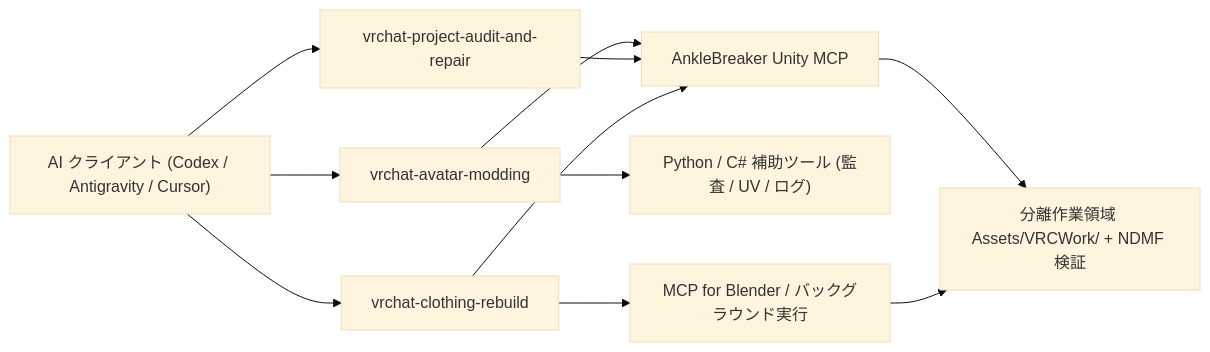
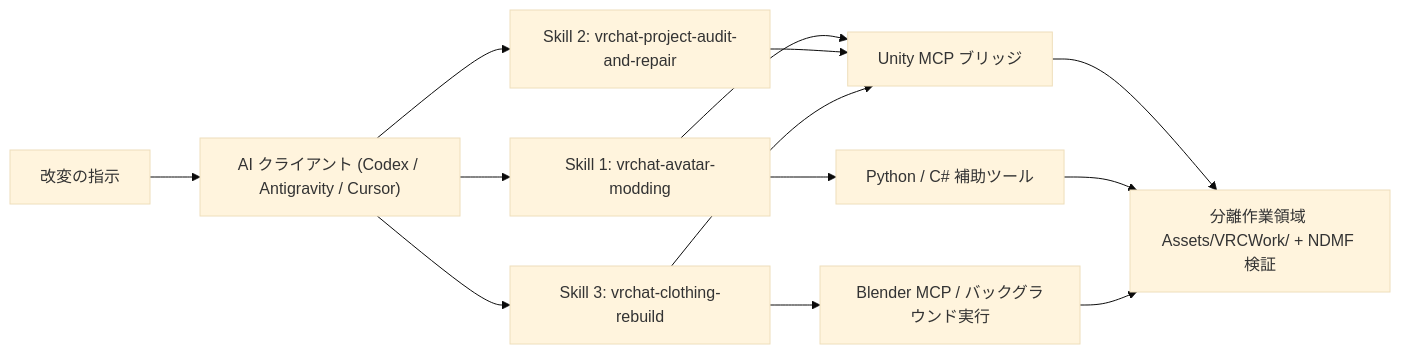
Before and after one commit to asmrawa/vrchat-avatar-modding-skills: the diagram in README_JA.md, drawn with Mermaid (base theme). The commit also changed other lines of this file and 2 other files, not shown here.

Commit message:
docs: rewrite trilingual READMEs around capabilities, architecture, and prerequisites

````diff
--- a/README_JA.md
+++ b/README_JA.md
@@ -30,15 +30,17 @@
 ```mermaid
 flowchart LR
-    Client["AI クライアント (Codex / Antigravity / Cursor)"] --> Mod["vrchat-avatar-modding"]
-    Client --> Audit["vrchat-project-audit-and-repair"]
-    Client --> Rebuild["vrchat-clothing-rebuild"]
+    User["改変の指示"] --> Client["AI クライアント (Codex / Antigravity / Cursor)"]
+    Client --> S1["Skill 1: vrchat-avatar-modding"]
+    Client --> S2["Skill 2: vrchat-project-audit-and-repair"]
+    Client --> S3["Skill 3: vrchat-clothing-rebuild"]
 
-    Mod --> UnityMCP["AnkleBreaker Unity MCP"]
-    Audit --> UnityMCP
-    Mod --> OfflineCLI["Python / C# 補助ツール (監査 / UV / ログ)"]
-    Rebuild --> BlenderMCP["MCP for Blender / バックグラウンド実行"]
-    Rebuild --> UnityMCP
+    S1 --> UMCP["Unity MCP ブリッジ"]
+    S2 --> UMCP
+    S1 --> CLI["Python / C# 補助ツール"]
+    S3 --> BMCP["Blender MCP / バックグラウンド実行"]
+    S3 --> UMCP
 
-    UnityMCP --> Work["分離作業領域 Assets/VRCWork/ + NDMF 検証"]
-    BlenderMCP --> Work
+    UMCP --> Work["分離作業領域 Assets/VRCWork/ + NDMF 検証"]
+    CLI --> Work
+    BMCP --> Work
 ```
````
